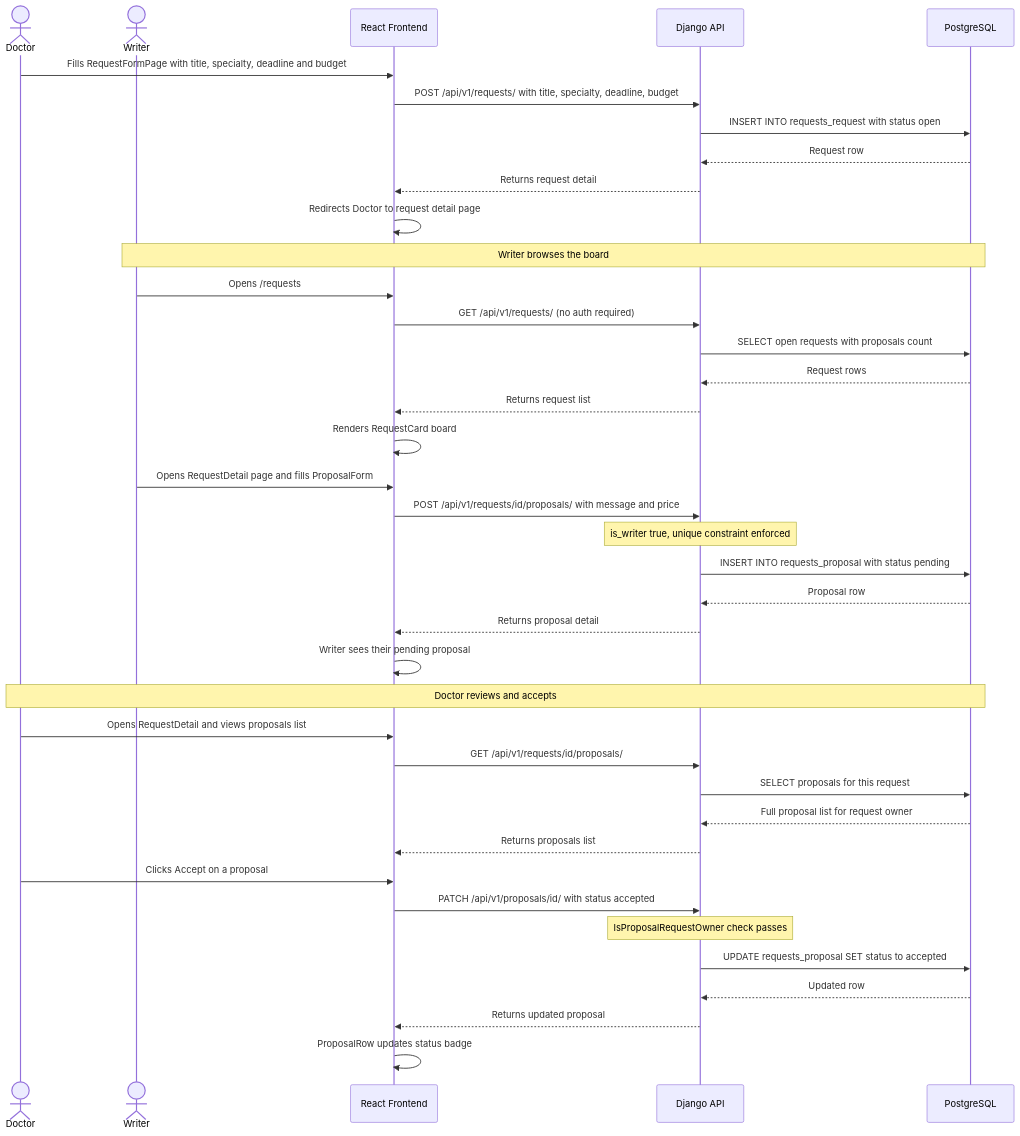
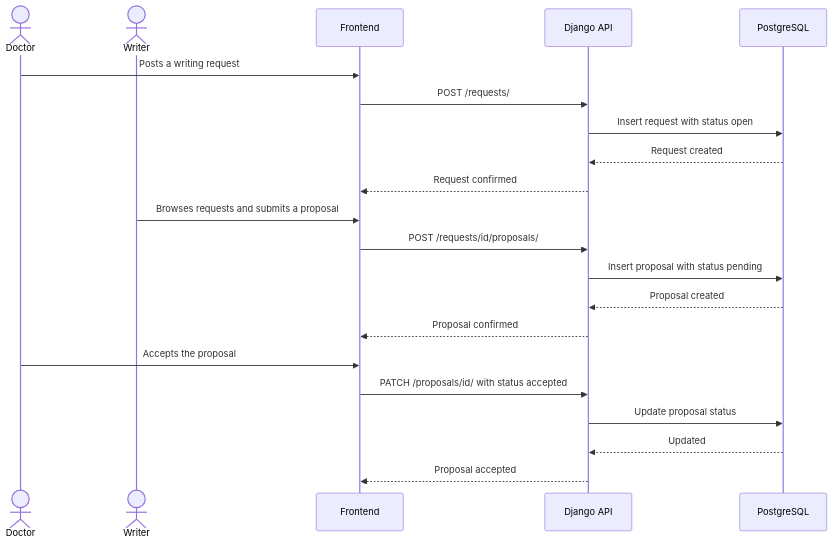
The fifth of 5 diagrams in Technical Documentation (Stage 3).md (victormonnot/Kessia), drawn with Mermaid before and after one commit. The commit also changed other lines of this file, not shown here.

Commit message:
fix: Simplified Sequence diagrams to improve readability

````diff
--- a/Technical Documentation (Stage 3).md
+++ b/Technical Documentation (Stage 3).md
@@ -489,47 +463,26 @@
 ```mermaid
 sequenceDiagram
     actor Doctor
     actor Writer
-    participant FE as React Frontend
+    participant FE as Frontend
     participant BE as Django API
     participant DB as PostgreSQL
 
-    Doctor->>FE: Fills RequestFormPage with title, specialty, deadline and budget
-    FE->>BE: POST /api/v1/requests/ with title, specialty, deadline, budget
-    BE->>DB: INSERT INTO requests_request with status open
-    DB-->>BE: Request row
-    BE-->>FE: Returns request detail
-    FE->>FE: Redirects Doctor to request detail page
+    Doctor->>FE: Posts a writing request
+    FE->>BE: POST /requests/
+    BE->>DB: Insert request with status open
+    DB-->>BE: Request created
+    BE-->>FE: Request confirmed
 
-    Note over Writer,DB: Writer browses the board
+    Writer->>FE: Browses requests and submits a proposal
+    FE->>BE: POST /requests/id/proposals/
+    BE->>DB: Insert proposal with status pending
+    DB-->>BE: Proposal created
+    BE-->>FE: Proposal confirmed
 
-    Writer->>FE: Opens /requests
-    FE->>BE: GET /api/v1/requests/ (no auth required)
-    BE->>DB: SELECT open requests with proposals count
-    DB-->>BE: Request rows
-    BE-->>FE: Returns request list
-    FE->>FE: Renders RequestCard board
-
-    Writer->>FE: Opens RequestDetail page and fills ProposalForm
-    FE->>BE: POST /api/v1/requests/id/proposals/ with message and price
-    Note over BE: is_writer true, unique constraint enforced
-    BE->>DB: INSERT INTO requests_proposal with status pending
-    DB-->>BE: Proposal row
-    BE-->>FE: Returns proposal detail
-    FE->>FE: Writer sees their pending proposal
-
-    Note over Doctor,DB: Doctor reviews and accepts
-
-    Doctor->>FE: Opens RequestDetail and views proposals list
-    FE->>BE: GET /api/v1/requests/id/proposals/
-    BE->>DB: SELECT proposals for this request
-    DB-->>BE: Full proposal list for request owner
-    BE-->>FE: Returns proposals list
-    Doctor->>FE: Clicks Accept on a proposal
-    FE->>BE: PATCH /api/v1/proposals/id/ with status accepted
-    Note over BE: IsProposalRequestOwner check passes
-    BE->>DB: UPDATE requests_proposal SET status to accepted
-    DB-->>BE: Updated row
-    BE-->>FE: Returns updated proposal
-    FE->>FE: ProposalRow updates status badge
+    Doctor->>FE: Accepts the proposal
+    FE->>BE: PATCH /proposals/id/ with status accepted
+    BE->>DB: Update proposal status
+    DB-->>BE: Updated
+    BE-->>FE: Proposal accepted
 ```
````
